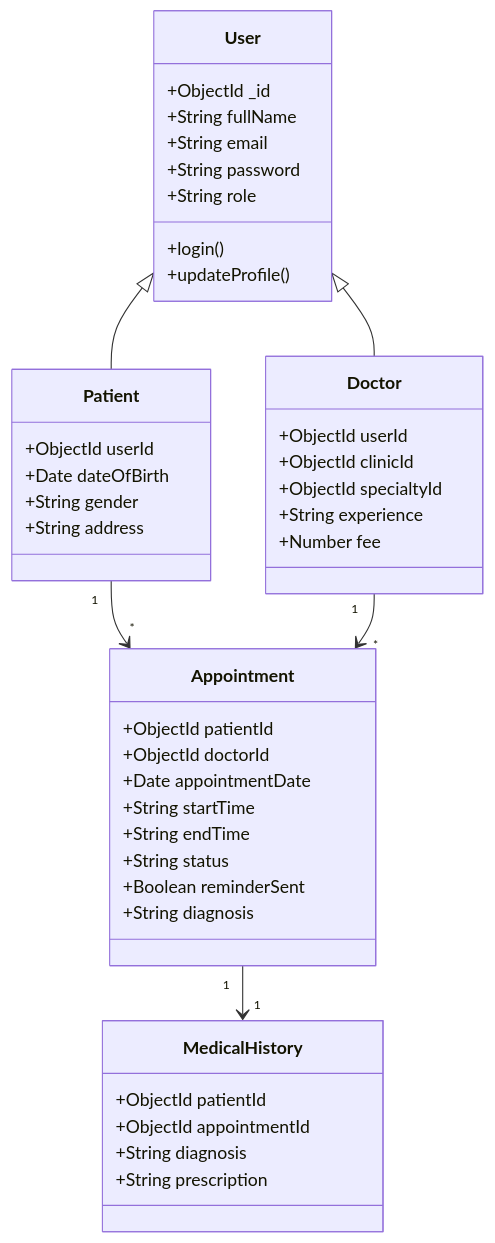
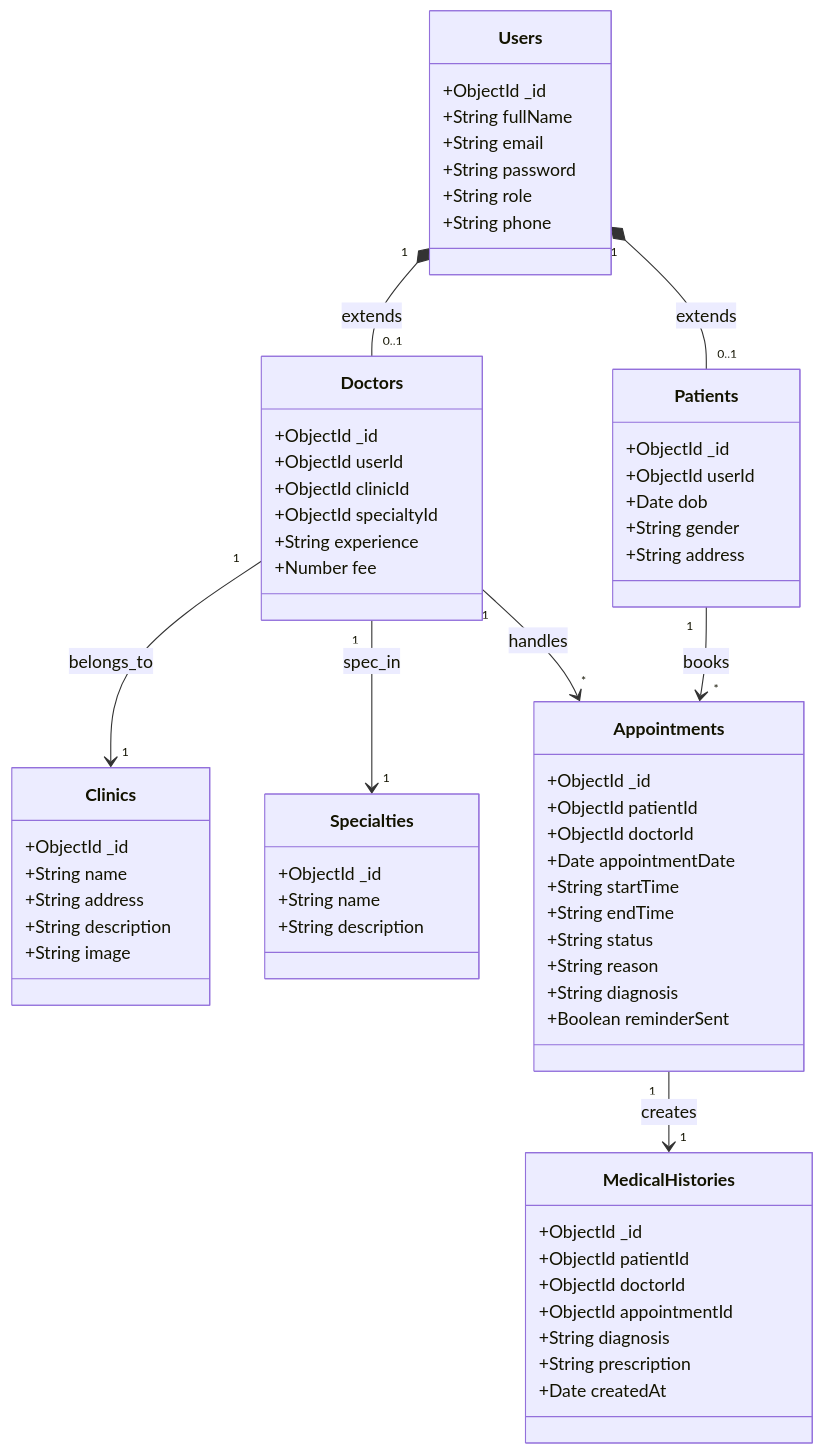
Before and after one commit to manhcuong-contact/DatLichPhongKham: the fourth of 5 diagrams in BAO_CAO_DU_AN.md, drawn with Mermaid. The commit also changed other lines of this file, not shown here.

Commit message:
Docs: Expand BAO_CAO_DU_AN.md to exhaustive thesis length with full SE structure

````diff
--- a/BAO_CAO_DU_AN.md
+++ b/BAO_CAO_DU_AN.md
@@ -169,47 +190,73 @@
 ```mermaid
 classDiagram
-    class User {
-      +ObjectId _id
-      +String fullName
-      +String email
-      +String password
-      +String role
-      +login()
-      +updateProfile()
+    class Users {
+        +ObjectId _id
+        +String fullName
+        +String email
+        +String password
+        +String role
+        +String phone
     }
-    class Patient {
-      +ObjectId userId
-      +Date dateOfBirth
-      +String gender
-      +String address
+
+    class Patients {
+        +ObjectId _id
+        +ObjectId userId
+        +Date dob
+        +String gender
+        +String address
     }
-    class Doctor {
-      +ObjectId userId
-      +ObjectId clinicId
-      +ObjectId specialtyId
-      +String experience
-      +Number fee
+
+    class Doctors {
+        +ObjectId _id
+        +ObjectId userId
+        +ObjectId clinicId
+        +ObjectId specialtyId
+        +String experience
+        +Number fee
     }
-    class Appointment {
-      +ObjectId patientId
-      +ObjectId doctorId
-      +Date appointmentDate
-      +String startTime
-      +String endTime
-      +String status
-      +Boolean reminderSent
-      +String diagnosis
+
+    class Clinics {
+        +ObjectId _id
+        +String name
+        +String address
+        +String description
+        +String image
     }
-    class MedicalHistory {
-      +ObjectId patientId
-      +ObjectId appointmentId
-      +String diagnosis
-      +String prescription
+
+    class Specialties {
+        +ObjectId _id
+        +String name
+        +String description
     }
-    
-    User <|-- Patient
-    User <|-- Doctor
-    Patient "1" --> "*" Appointment
-    Doctor "1" --> "*" Appointment
-    Appointment "1" --> "1" MedicalHistory
+
+    class Appointments {
+        +ObjectId _id
+        +ObjectId patientId
+        +ObjectId doctorId
+        +Date appointmentDate
+        +String startTime
+        +String endTime
+        +String status
+        +String reason
+        +String diagnosis
+        +Boolean reminderSent
+    }
+
+    class MedicalHistories {
+        +ObjectId _id
+        +ObjectId patientId
+        +ObjectId doctorId
+        +ObjectId appointmentId
+        +String diagnosis
+        +String prescription
+        +Date createdAt
+    }
+
+    Users "1" *-- "0..1" Patients : extends
+    Users "1" *-- "0..1" Doctors : extends
+    Doctors "1" --> "1" Clinics : belongs_to
+    Doctors "1" --> "1" Specialties : spec_in
+    Patients "1" --> "*" Appointments : books
+    Doctors "1" --> "*" Appointments : handles
+    Appointments "1" --> "1" MedicalHistories : creates
 ```
````
